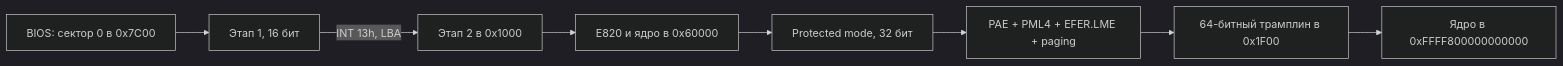
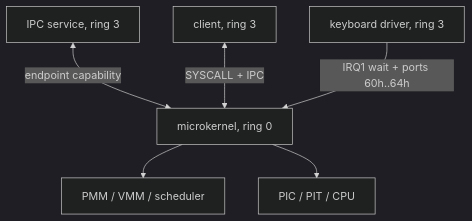
Before and after one commit to VladimirKraswov/varania-os: the diagram in docs/ARCHITECTURE.md, drawn with Mermaid (dark theme). The commit also changed other lines of this file and 24 other files, not shown here.

Commit message:
Build the amd64 capability microkernel

````diff
--- a/docs/ARCHITECTURE.md
+++ b/docs/ARCHITECTURE.md
@@ -5,10 +17,8 @@
 ```mermaid
-flowchart LR
-    A["BIOS: сектор 0 в 0x7C00"] --> B["Этап 1, 16 бит"]
-    B -->|"INT 13h, LBA"| C["Этап 2 в 0x1000"]
-    C --> D["E820 и ядро в 0x60000"]
-    D --> E["Protected mode, 32 бит"]
-    E --> F["PAE + PML4 + EFER.LME + paging"]
-    F --> G["64-битный трамплин в 0x1F00"]
-    G --> H["Ядро в 0xFFFF800000000000"]
+flowchart TB
+    U1["IPC service, ring 3"] <-->|"endpoint capability"| K["microkernel, ring 0"]
+    U2["client, ring 3"] <-->|"SYSCALL + IPC"| K
+    D["keyboard driver, ring 3"] -->|"IRQ1 wait + ports 60h..64h"| K
+    K --> M["PMM / VMM / scheduler"]
+    K --> H["PIC / PIT / CPU"]
 ```
````
